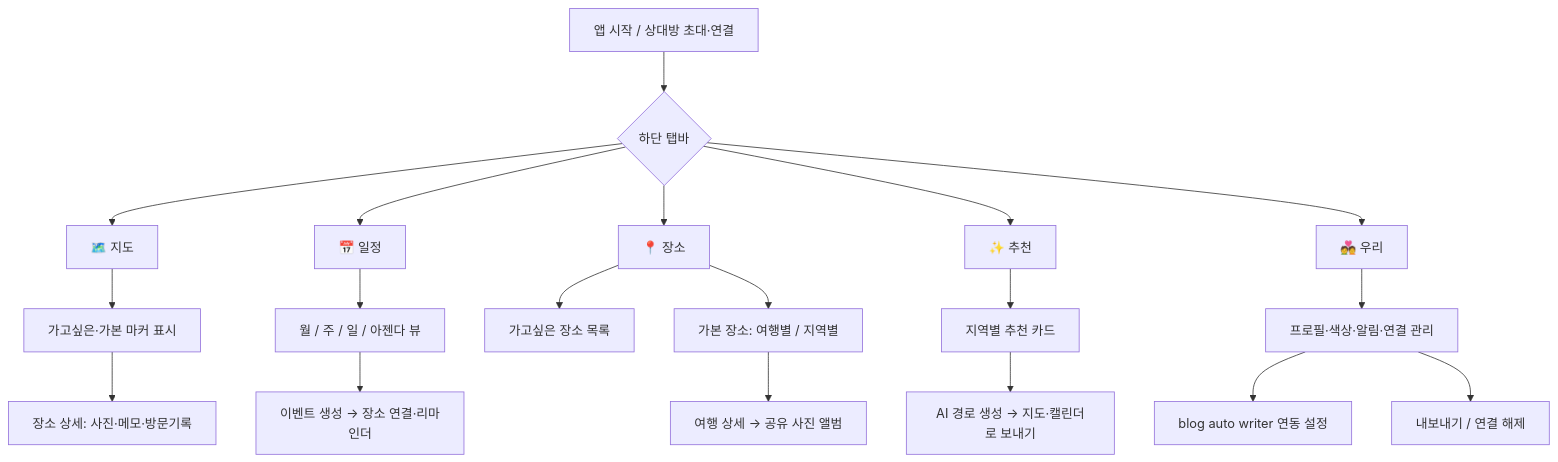
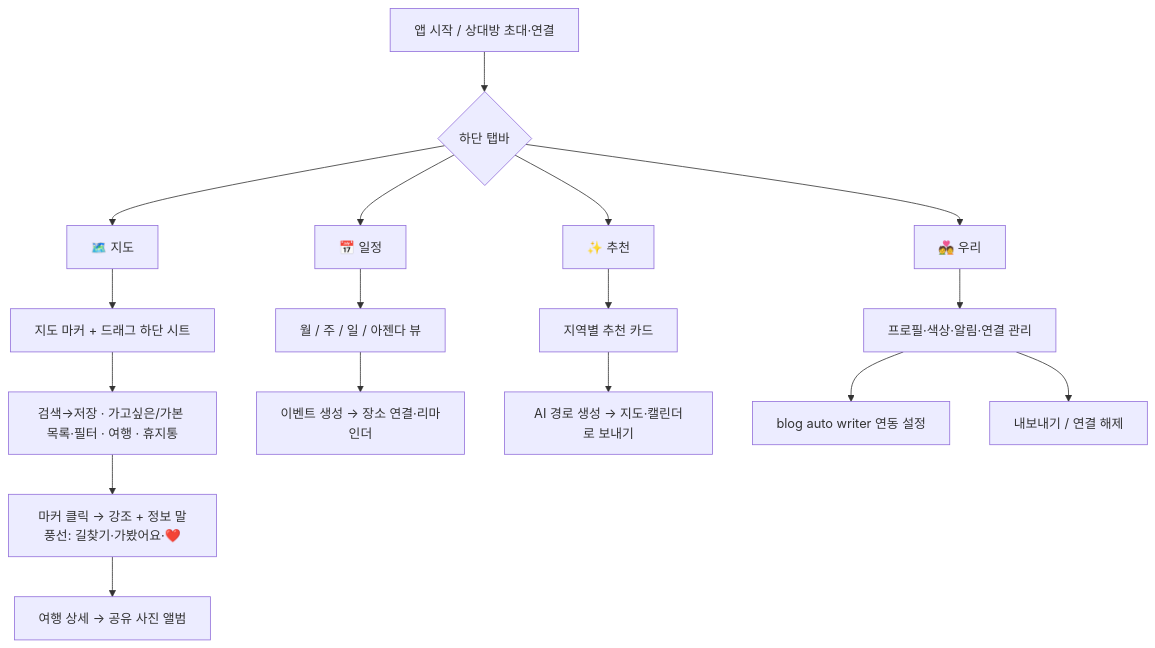
The first of 2 diagrams in 여행관리앱_설계서.md (alswp006/love-place), drawn with Mermaid before and after one commit. The commit also changed other lines of this file and 2 other files, not shown here.

Commit message:
docs(ia): 설계서 §3 IA를 4탭으로 갱신(장소→지도 통합) + 코드 주석 동기화
- 여행관리앱_설계서.md §3: 하단 탭 5→4, mermaid·설명을 지도 통합(드래그 시트+말풍선)으로
  갱신하고 갱신 사유·spec 링크 기록(소스 오브 트루스 일치)
- tabs.ts·TabBar.tsx의 "5탭" 주석을 "4탭"으로 정정

````diff
--- a/여행관리앱_설계서.md
+++ b/여행관리앱_설계서.md
@@ -73,26 +75,23 @@
 ```mermaid
 graph TD
     A[앱 시작 / 상대방 초대·연결] --> B{하단 탭바}
     B --> C[🗺️ 지도]
     B --> D[📅 일정]
-    B --> E[📍 장소]
     B --> F[✨ 추천]
     B --> G[💑 우리]
 
-    C --> C1[가고싶은·가본 마커 표시]
-    C1 --> C2[장소 상세: 사진·메모·방문기록]
+    C --> C0[지도 마커 + 드래그 하단 시트]
+    C0 --> C1[검색→저장 · 가고싶은/가본 목록·필터 · 여행 · 휴지통]
+    C1 --> C2[마커 클릭 → 강조 + 정보 말풍선: 길찾기·가봤어요·❤️]
+    C2 --> C3[여행 상세 → 공유 사진 앨범]
 
     D --> D1[월 / 주 / 일 / 아젠다 뷰]
     D1 --> D2[이벤트 생성 → 장소 연결·리마인더]
-
-    E --> E1[가고싶은 장소 목록]
-    E --> E2[가본 장소: 여행별 / 지역별]
-    E2 --> E3[여행 상세 → 공유 사진 앨범]
 
     F --> F1[지역별 추천 카드]
     F1 --> F2[AI 경로 생성 → 지도·캘린더로 보내기]
 
     G --> G1[프로필·색상·알림·연결 관리]
     G1 --> G2[blog auto writer 연동 설정]
     G1 --> G3[내보내기 / 연결 해제]
 ```
````
